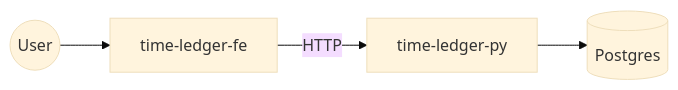
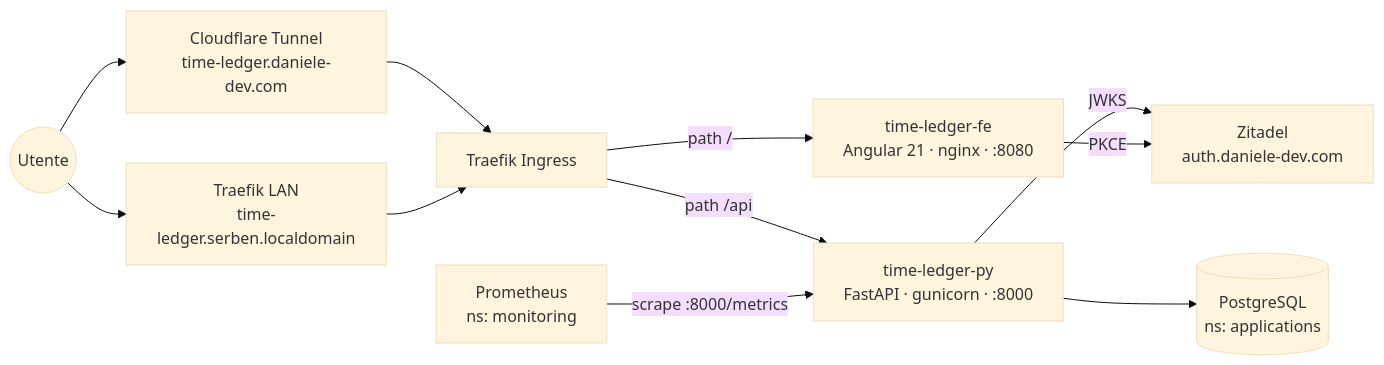
Before and after one commit to daniele-homelab/legal: the diagram in _knowledge/architecture/_index.md, drawn with Mermaid (base theme). The commit also changed other lines of this file and 5 other files, not shown here.

````diff
--- a/_knowledge/architecture/_index.md
+++ b/_knowledge/architecture/_index.md
@@ -22,6 +22,13 @@
 ```mermaid
 flowchart LR
-  user((User)) --> fe[time-ledger-fe]
-  fe -->|HTTP| api[time-ledger-py]
-  api --> db[(Postgres)]
+  user((Utente)) --> tunnel["Cloudflare Tunnel\ntime-ledger.daniele-dev.com"]
+  user --> lan["Traefik LAN\ntime-ledger.serben.localdomain"]
+  tunnel --> traefik[Traefik Ingress]
+  lan --> traefik
+  traefik -->|path /| fe["time-ledger-fe\nAngular 21 · nginx · :8080"]
+  traefik -->|path /api| api["time-ledger-py\nFastAPI · gunicorn · :8000"]
+  api --> db[("PostgreSQL\nns: applications")]
+  api -->|JWKS| zitadel["Zitadel\nauth.daniele-dev.com"]
+  fe -->|PKCE| zitadel
+  prom["Prometheus\nns: monitoring"] -->|scrape :8000/metrics| api
 ```
````
